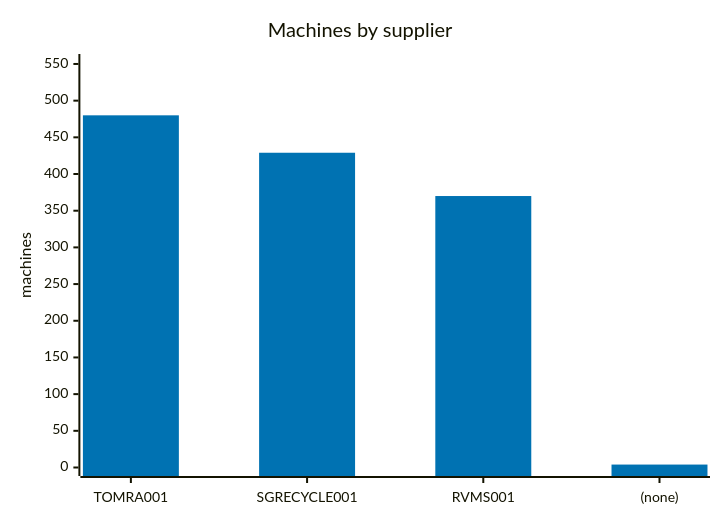
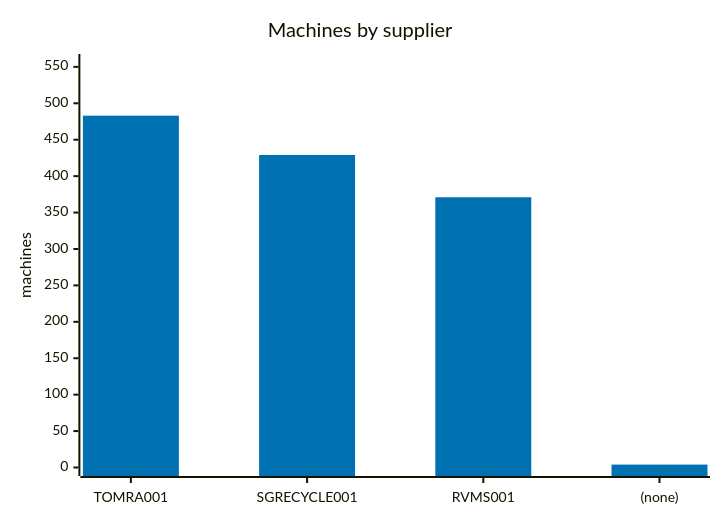
Before and after one commit to cheeaun/returnright-data: the second of 7 diagrams in ANALYSIS.md, drawn with Mermaid. The commit also changed other lines of this file and 3 other files, not shown here.

````diff
--- a/ANALYSIS.md
+++ b/ANALYSIS.md
@@ -50,13 +52,13 @@
 ```mermaid
 ---
 config:
   themeVariables:
     xyChart:
       plotColorPalette: "#0072B2"
 ---
 xychart-beta
     title "Machines by supplier"
     x-axis ["TOMRA001", "SGRECYCLE001", "RVMS001", "(none)"]
-    y-axis "machines" 0 --> 552
-    bar [480, 429, 370, 4]
+    y-axis "machines" 0 --> 556
+    bar [483, 429, 371, 4]
 ```
````
